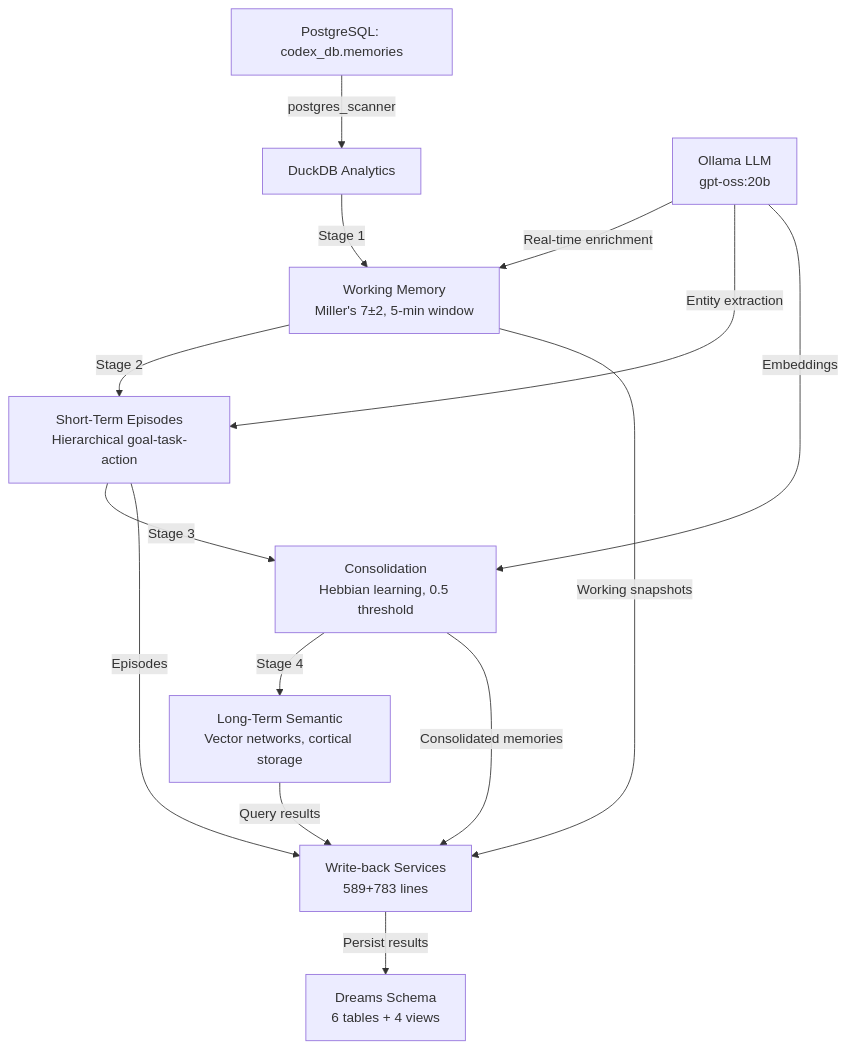
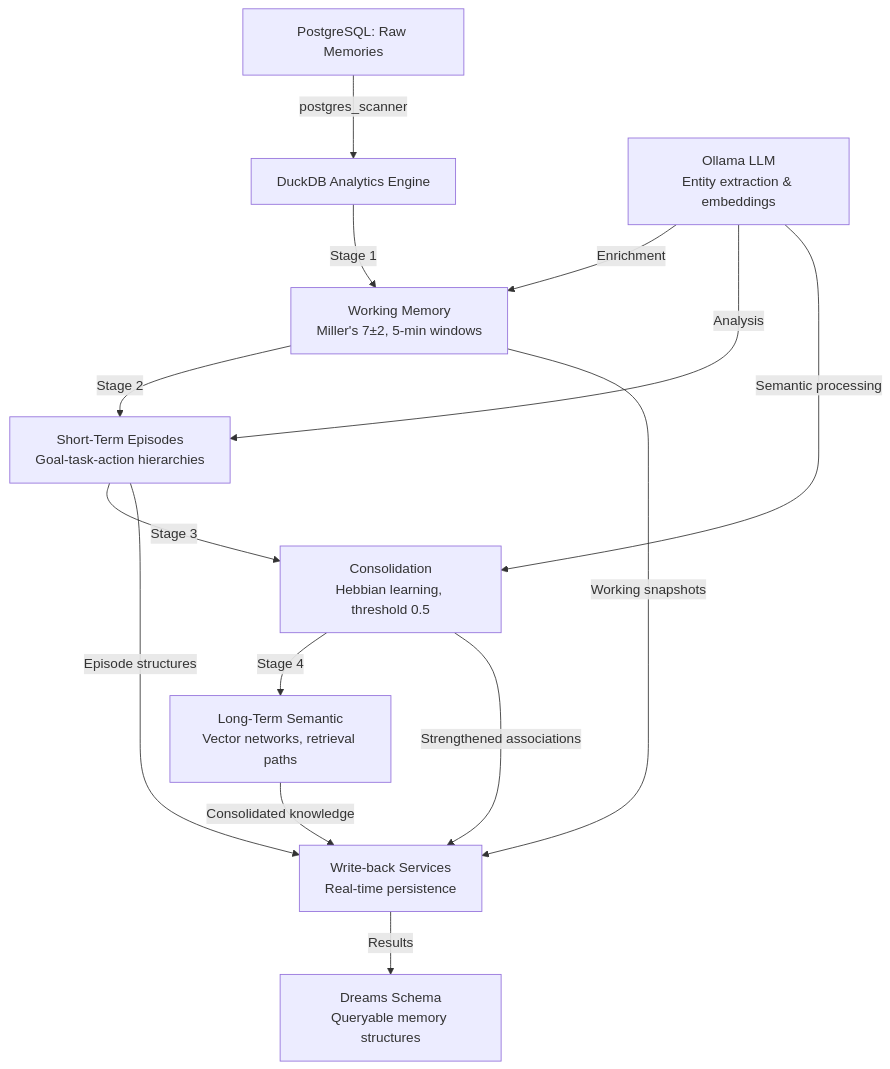
The diagram in README.md (Ladvien/codex-dreams), drawn with Mermaid before and after one commit. The commit also changed other lines of this file, not shown here.

````diff
--- a/README.md
+++ b/README.md
@@ -60,19 +27,19 @@
 ```mermaid
 graph TD
-    A[PostgreSQL: codex_db.memories] -->|postgres_scanner| B[DuckDB Analytics]
-    B -->|Stage 1| C[Working Memory<br/>Miller's 7±2, 5-min window]
-    C -->|Stage 2| D[Short-Term Episodes<br/>Hierarchical goal-task-action]
-    D -->|Stage 3| E[Consolidation<br/>Hebbian learning, 0.5 threshold]
-    E -->|Stage 4| F[Long-Term Semantic<br/>Vector networks, cortical storage]
+    A[PostgreSQL: Raw Memories] -->|postgres_scanner| B[DuckDB Analytics Engine]
+    B -->|Stage 1| C[Working Memory<br/>Miller's 7±2, 5-min windows]
+    C -->|Stage 2| D[Short-Term Episodes<br/>Goal-task-action hierarchies]
+    D -->|Stage 3| E[Consolidation<br/>Hebbian learning, threshold 0.5]
+    E -->|Stage 4| F[Long-Term Semantic<br/>Vector networks, retrieval paths]
     
-    G[Ollama LLM<br/>gpt-oss:20b] -->|Real-time enrichment| C
-    G -->|Entity extraction| D
-    G -->|Embeddings| E
+    G[Ollama LLM<br/>Entity extraction & embeddings] -->|Enrichment| C
+    G -->|Analysis| D
+    G -->|Semantic processing| E
     
-    H[Write-back Services<br/>589+783 lines] -->|Persist results| I[Dreams Schema<br/>6 tables + 4 views]
+    H[Write-back Services<br/>Real-time persistence] -->|Results| I[Dreams Schema<br/>Queryable memory structures]
     
-    F -->|Query results| H
-    E -->|Consolidated memories| H
-    D -->|Episodes| H
+    F -->|Consolidated knowledge| H
+    E -->|Strengthened associations| H
+    D -->|Episode structures| H
     C -->|Working snapshots| H
 ```
````
